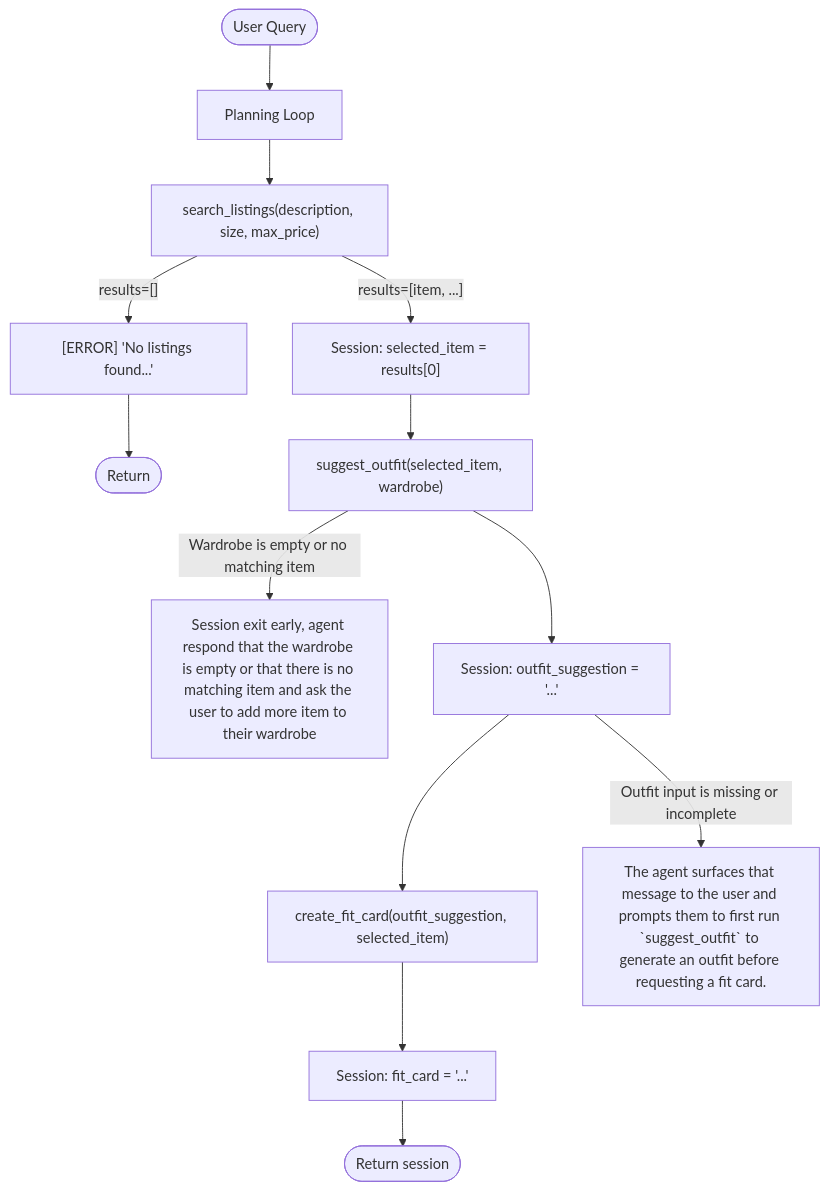
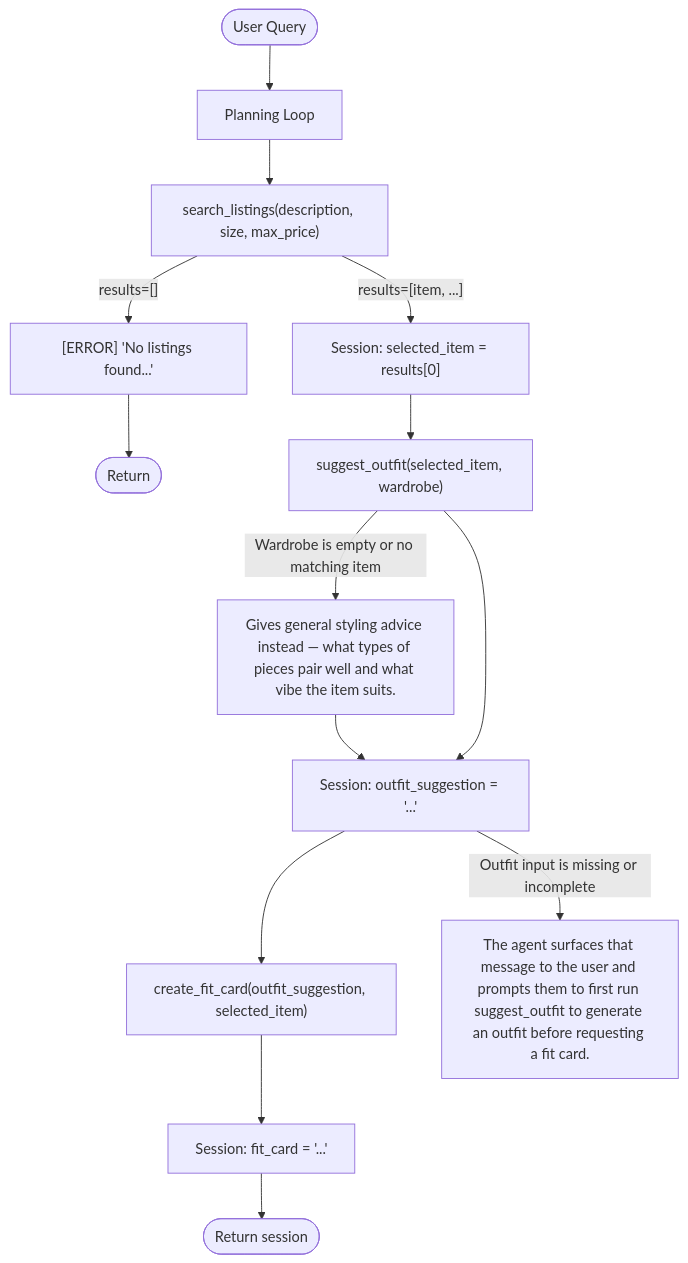
One commit to Rubey4112/ai201-project2-fitfindr-starter changed the diagram in planning.md. Above: the diagram before and after it, drawn with Mermaid. The commit also changed 2 other files, not shown here.

Commit message:
feat: Implement handle_query() in app.py

````diff
--- a/planning.md
+++ b/planning.md
@@ -183,21 +183,22 @@
 ```mermaid
 flowchart TD
     A([User Query]) --> B[Planning Loop]
 
     B --> C["search_listings(description, size, max_price)"]
 
     C -- "results=[]" --> D["[ERROR] 'No listings found...'"]
     D --> E([Return])
 
     C -- "results=[item, ...]" --> F["Session: selected_item = results[0]"]
 
     F --> G["suggest_outfit(selected_item, wardrobe)"]
-    G -- "Wardrobe is empty or no matching item" --> L["Session exit early, agent respond that the wardrobe is empty or that there is no matching item and ask the user to add more item to their wardrobe"]
+    G -- "Wardrobe is empty or no matching item" --> L["Gives general styling advice instead — what types of pieces pair well and what vibe the item suits."]
+    L --> H
     G --> H["Session: outfit_suggestion = '...'"]
 
     H --> I["create_fit_card(outfit_suggestion, selected_item)"]
-    H -- "Outfit input is missing or incomplete" -->M["The agent surfaces that message to the user and prompts them to first run `suggest_outfit` to generate an outfit before requesting a fit card."]
+    H -- "Outfit input is missing or incomplete" -->M["The agent surfaces that message to the user and prompts them to first run suggest_outfit to generate an outfit before requesting a fit card."]
     I --> J["Session: fit_card = '...'"]
 
     J --> K([Return session])
 ```
````
